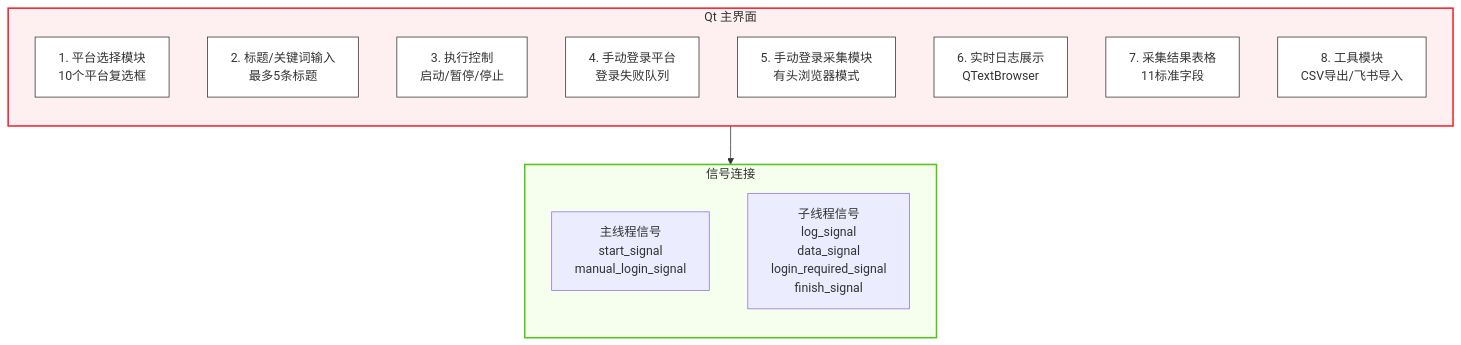
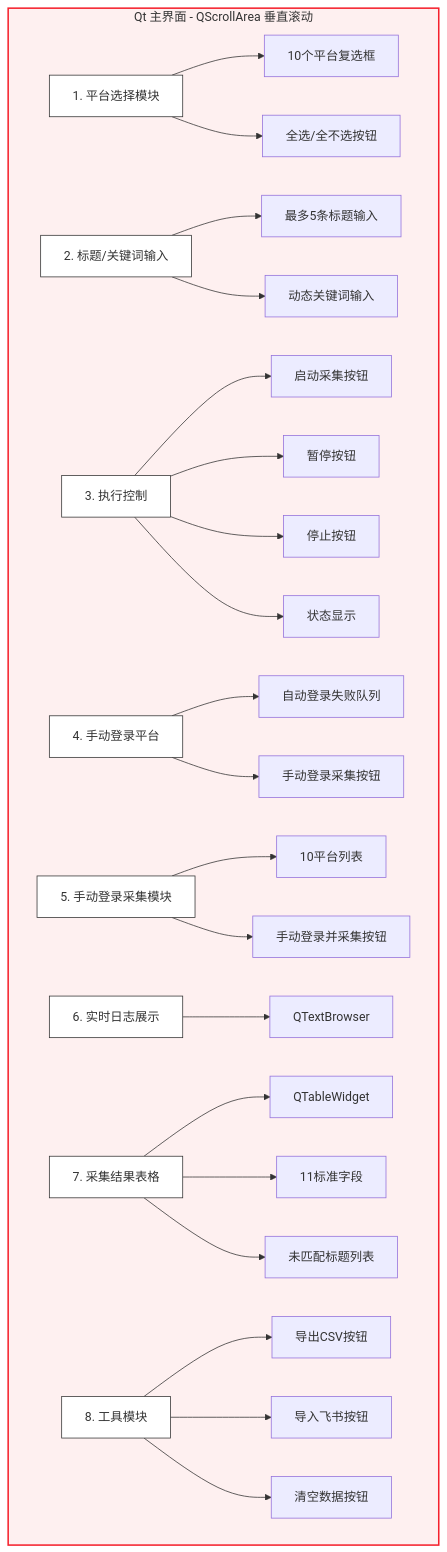
One commit to JakeFan-2/multi-platform-content-crawler changed the second of 4 diagrams in multi_platform_crawler/docs/README.md. Above: the diagram before and after it, drawn with Mermaid. The commit also changed other lines of this file, not shown here.

Commit message:
feat: 重新设计架构图，使用清晰的树状结构并添加模块介绍

````diff
--- a/multi_platform_crawler/docs/README.md
+++ b/multi_platform_crawler/docs/README.md
@@ -106,33 +123,41 @@
 ```mermaid
-flowchart TD
-    subgraph GUI[Qt 主界面]
-        direction TB
-        A1[1. 平台选择模块<br/>10个平台复选框]
-        A2[2. 标题/关键词输入<br/>最多5条标题]
-        A3[3. 执行控制<br/>启动/暂停/停止]
-        A4[4. 手动登录平台<br/>登录失败队列]
-        A5[5. 手动登录采集模块<br/>有头浏览器模式]
-        A6[6. 实时日志展示<br/>QTextBrowser]
-        A7[7. 采集结果表格<br/>11标准字段]
-        A8[8. 工具模块<br/>CSV导出/飞书导入]
+graph TD
+    subgraph MainWindow[Qt 主界面 - QScrollArea 垂直滚动]
+        A[1. 平台选择模块] --> A1[10个平台复选框]
+        A --> A2[全选/全不选按钮]
+        
+        B[2. 标题/关键词输入] --> B1[最多5条标题输入]
+        B --> B2[动态关键词输入]
+        
+        C[3. 执行控制] --> C1[启动采集按钮]
+        C --> C2[暂停按钮]
+        C --> C3[停止按钮]
+        C --> C4[状态显示]
+        
+        D[4. 手动登录平台] --> D1[自动登录失败队列]
+        D --> D2[手动登录采集按钮]
+        
+        E[5. 手动登录采集模块] --> E1[10平台列表]
+        E --> E2[手动登录并采集按钮]
+        
+        F[6. 实时日志展示] --> F1[QTextBrowser]
+        
+        G[7. 采集结果表格] --> G1[QTableWidget]
+        G --> G2[11标准字段]
+        G --> G3[未匹配标题列表]
+        
+        H[8. 工具模块] --> H1[导出CSV按钮]
+        H --> H2[导入飞书按钮]
+        H --> H3[清空数据按钮]
     end
 
-    subgraph Signals[信号连接]
-        direction TB
-        S1[主线程信号<br/>start_signal<br/>manual_login_signal]
-        S2[子线程信号<br/>log_signal<br/>data_signal<br/>login_required_signal<br/>finish_signal]
-    end
-
-    GUI --> Signals
-
-    style GUI fill:#fef0f0,stroke:#f5222d,stroke-width:2px
-    style A1 fill:#ffffff,stroke:#333
-    style A2 fill:#ffffff,stroke:#333
-    style A3 fill:#ffffff,stroke:#333
-    style A4 fill:#ffffff,stroke:#333
-    style A5 fill:#ffffff,stroke:#333
-    style A6 fill:#ffffff,stroke:#333
-    style A7 fill:#ffffff,stroke:#333
-    style A8 fill:#ffffff,stroke:#333
-    style Signals fill:#f6ffed,stroke:#52c41a,stroke-width:2px
+    style MainWindow fill:#fef0f0,stroke:#f5222d,stroke-width:2px
+    style A fill:#ffffff,stroke:#333
+    style B fill:#ffffff,stroke:#333
+    style C fill:#ffffff,stroke:#333
+    style D fill:#ffffff,stroke:#333
+    style E fill:#ffffff,stroke:#333
+    style F fill:#ffffff,stroke:#333
+    style G fill:#ffffff,stroke:#333
+    style H fill:#ffffff,stroke:#333
 ```
````
